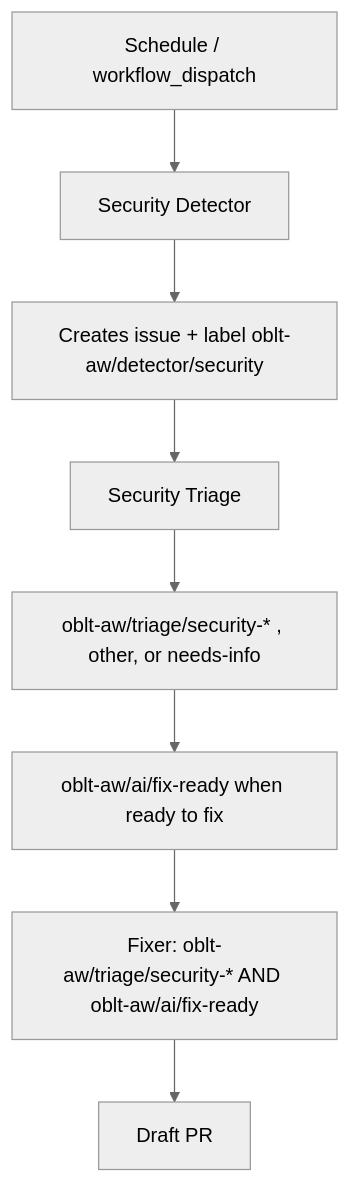
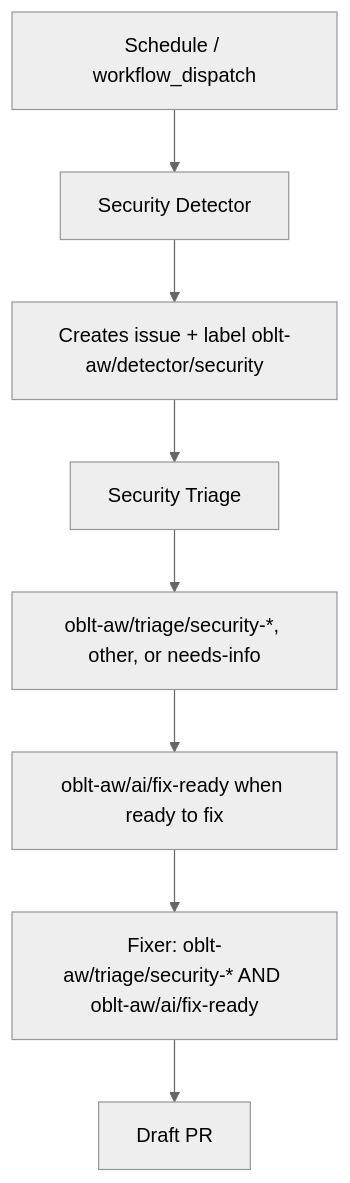
One commit to elastic/oblt-aw changed the diagram in docs/architecture/security-agent-architecture.md. Above: the diagram before and after it, drawn with Mermaid (neutral theme). The commit also changed other lines of this file and 1 other file, not shown here.

Commit message:
docs(security): expand ruleset and catalog for issue 3758 step 2 (#143)
* docs(workflows): add security scanning ruleset for agentic workflows

Why: Step 2 of issue #3758 - define rules for security detector PoC.
What: Create docs/workflows/security-scanning-ruleset.md with:
- PoC rules: token/secret in run args, ${{ secrets.* }} in commands, env indirection
- Severity levels and classification criteria
- Placeholder rules for injection, supply chain, least privilege
Validation: Acceptance criteria from plan met.

Made-with: Cursor

* docs(workflows): remove PoC wording from security-scanning-ruleset

Made-with: Cursor

* docs(workflows): link implementation plan to observability-robots#3758

Made-with: Cursor

* Update docs/workflows/security-scanning-ruleset.md

* docs(security): expand ruleset and catalog for issue 3758 step 2

Sync security-scanning-ruleset, architecture, and workflow README entries
for the full SEC ruleset and downstream workflow references.

Made-with: Cursor

* Apply reviewer comment

* Update docs/architecture/security-agent-architecture.md

---------

````diff
--- a/docs/architecture/security-agent-architecture.md
+++ b/docs/architecture/security-agent-architecture.md
@@ -23,10 +23,10 @@
 ```mermaid
 flowchart TD
   A[Schedule / workflow_dispatch] --> B[Security Detector]
   B --> C[Creates issue + label oblt-aw/detector/security]
   C --> D[Security Triage]
-  D --> E["oblt-aw/triage/security-* , other, or needs-info"]
+  D --> E["oblt-aw/triage/security-*, other, or needs-info"]
   E --> F[oblt-aw/ai/fix-ready when ready to fix]
   F --> G["Fixer: oblt-aw/triage/security-* AND oblt-aw/ai/fix-ready"]
   G --> H[Draft PR]
 ```
````
